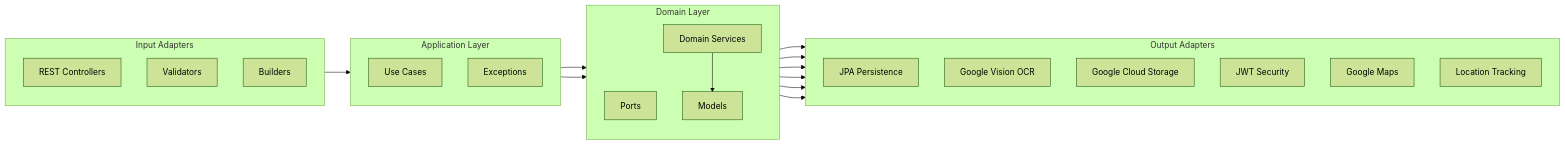
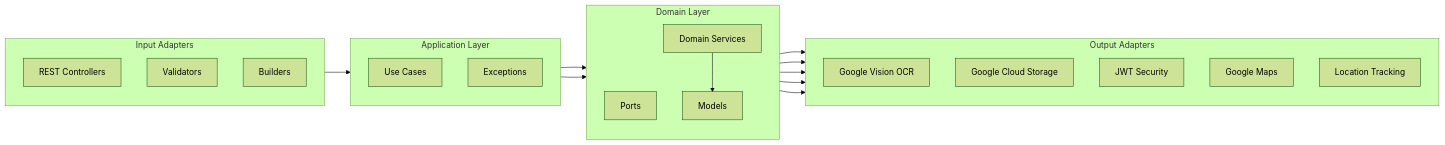
Before and after one commit to fttmatteo/messenger-backend: the fifth of 8 diagrams in README.md, drawn with Mermaid (forest theme). The commit also changed other lines of this file, not shown here.

Commit message:
docs: Remove JPA Persistence from the architecture diagram.

````diff
--- a/README.md
+++ b/README.md
@@ -857,43 +855,41 @@
 ```mermaid
 graph LR
     subgraph InputAdapters ["Input Adapters"]
         direction TB
         REST[REST Controllers]
         VAL[Validators]
         BUILD[Builders]
     end
 
     subgraph ApplicationLayer ["Application Layer"]
         direction TB
         UC[Use Cases]
         EXC[Exceptions]
     end
 
     subgraph DomainLayer ["Domain Layer"]
         direction TB
         PORTS[Ports]
         SVC[Domain Services]
         MOD[Models]
     end
 
     subgraph OutputAdapters ["Output Adapters"]
         direction TB
-        PERSIST[JPA Persistence]
         OCR[Google Vision OCR]
         STORAGE[Google Cloud Storage]
         SEC[JWT Security]
         MAPS[Google Maps]
         TRACKING[Location Tracking]
     end
 
     REST --> UC
     UC --> PORTS
-    PORTS --> PERSIST
     PORTS --> OCR
     PORTS --> STORAGE
     PORTS --> SEC
     PORTS --> MAPS
     PORTS --> TRACKING
     UC --> SVC
     SVC --> MOD
 ```
````
